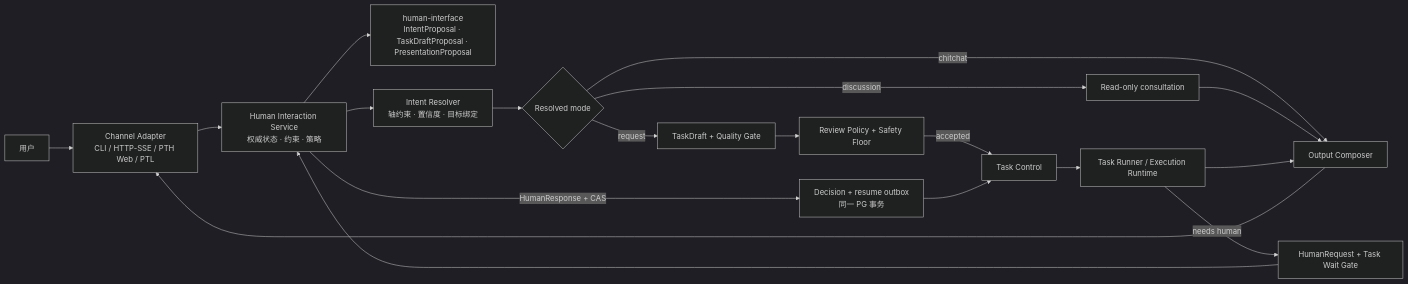
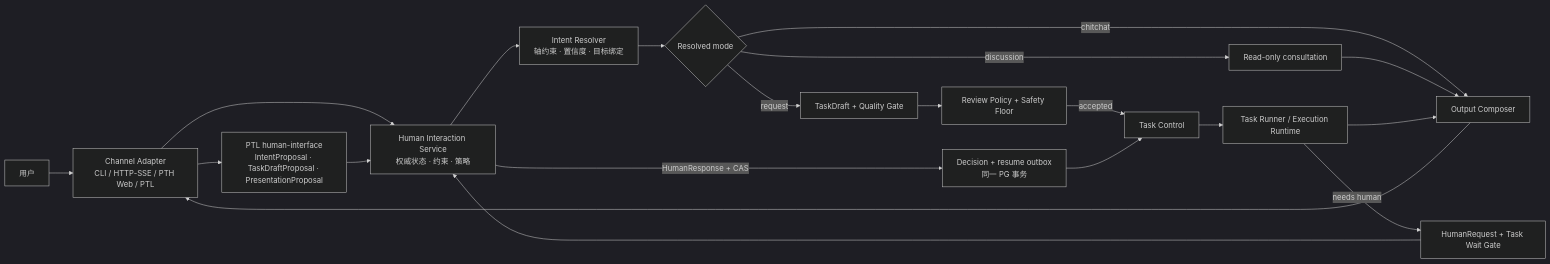
Before and after one commit to Phenol1145/pi-triple-pth: the first of 2 diagrams in docs/pth/n25-human-interaction-protocol-design.md, drawn with Mermaid (dark theme). The commit also changed other lines of this file and 3 other files, not shown here.

````diff
--- a/docs/pth/n25-human-interaction-protocol-design.md
+++ b/docs/pth/n25-human-interaction-protocol-design.md
@@ -56,21 +56,22 @@
 ```mermaid
 flowchart LR
     U["用户"] --> A["Channel Adapter\nCLI / HTTP-SSE / PTH Web / PTL"]
     A --> HI["Human Interaction Service\n权威状态 · 约束 · 策略"]
-    HI --> IA["human-interface\nIntentProposal · TaskDraftProposal · PresentationProposal"]
+    A --> IA["PTL human-interface\nIntentProposal · TaskDraftProposal · PresentationProposal"]
+    IA --> HI
     HI --> IR["Intent Resolver\n轴约束 · 置信度 · 目标绑定"]
     IR --> D{"Resolved mode"}
     D -->|"chitchat"| O["Output Composer"]
     D -->|"discussion"| RO["Read-only consultation"]
     D -->|"request"| TD["TaskDraft + Quality Gate"]
     TD --> RV["Review Policy + Safety Floor"]
     RV -->|"accepted"| TC["Task Control"]
     TC --> TR["Task Runner / Execution Runtime"]
     TR -->|"needs human"| HR["HumanRequest + Task Wait Gate"]
     HR --> HI
     HI -->|"HumanResponse + CAS"| TX["Decision + resume outbox\n同一 PG 事务"]
     TX --> TC
     RO --> O
     TR --> O
     O --> A
 ```
````
